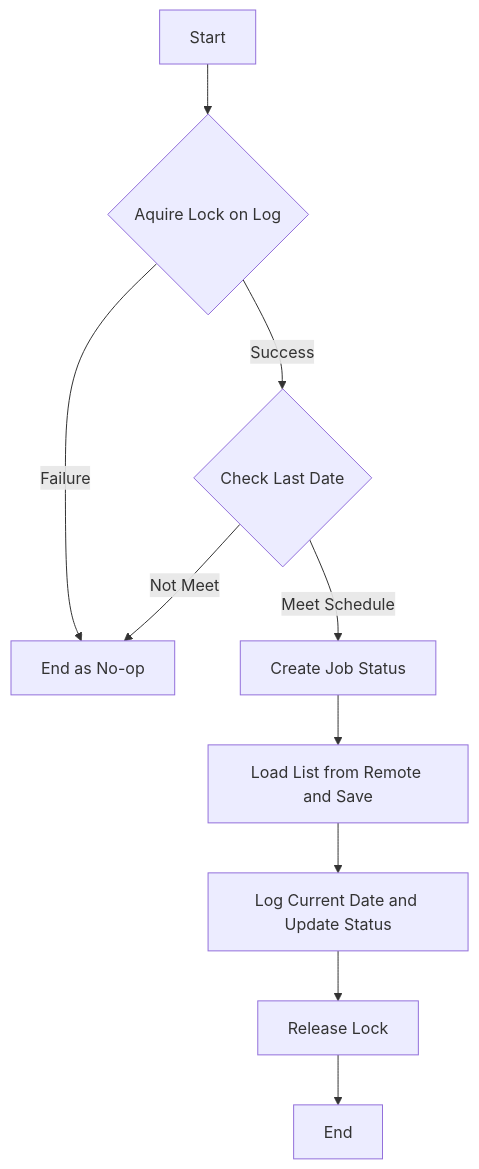
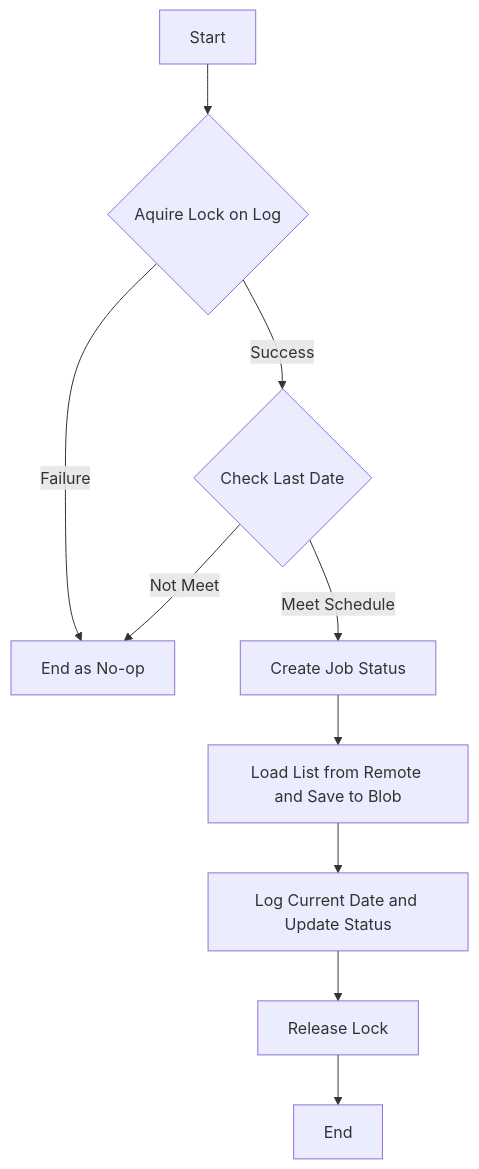
One commit to zujiancai/zujiancai.github.io changed the first of 3 diagrams in _posts/2021-09-27-finana-project-design.md. Above: the diagram before and after it, drawn with Mermaid. The commit also changed other lines of this file, not shown here.

```diff
--- a/_posts/2021-09-27-finana-project-design.md
+++ b/_posts/2021-09-27-finana-project-design.md
@@ -236,12 +236,12 @@
     <div class="mermaid">
         graph TD
         A[Start] --> B{Aquire Lock on Log}
         B -->|Success| C{Check Last Date}
         B -->|Failure| D[End as No-op]
         C -->|Meet Schedule| E[Create Job Status]
         C -->|Not Meet| D
-        E --> F[Load List from Remote and Save]
+        E --> F[Load List from Remote and Save to Blob]
         F --> G[Log Current Date and Update Status]
         G --> H[Release Lock]
         H --> I[End]
     </div>
```
